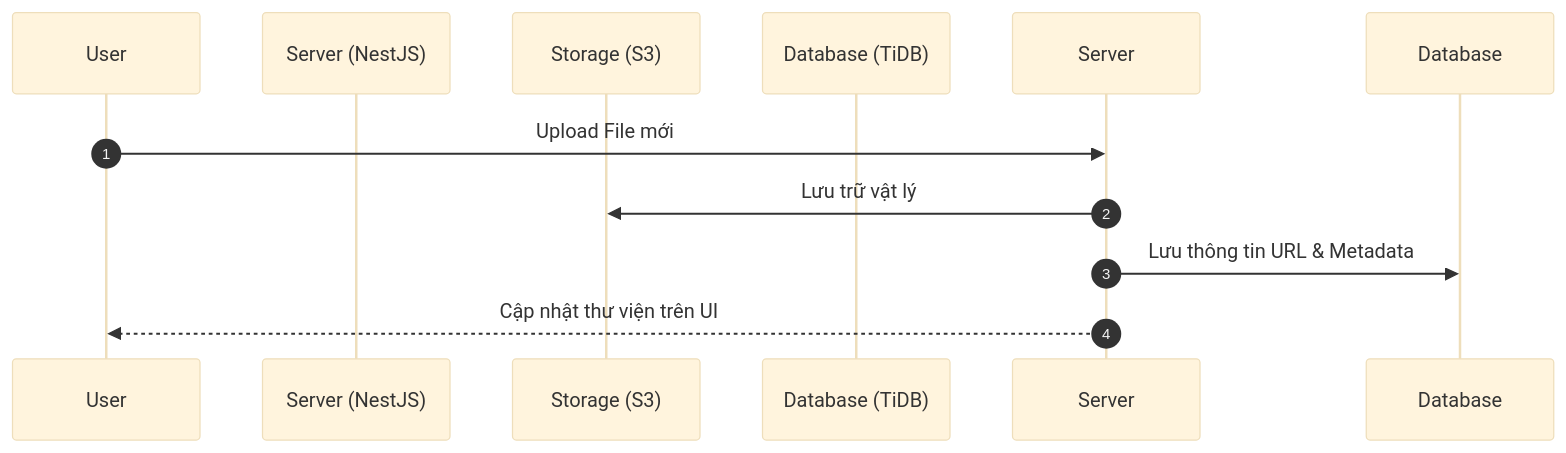
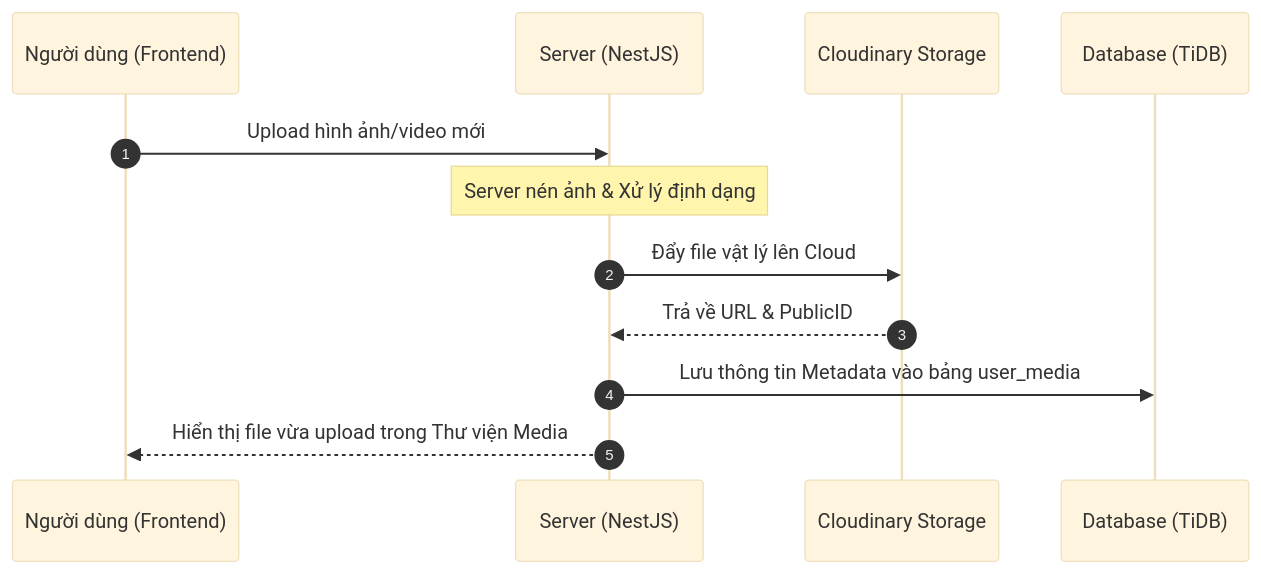
Before and after one commit to Loisori/SCI-ITF-Canhan42_TrinhSuTruongThi: diagram 13 of 25 in doc.md, drawn with Mermaid (base theme). The commit also changed other lines of this file and 1 other file, not shown here.

````diff
--- a/doc.md
+++ b/doc.md
@@ -1271,13 +1333,15 @@
 ```mermaid
 sequenceDiagram
     autonumber
-    participant U as User
+    participant U as Người dùng (Frontend)
     participant S as Server (NestJS)
-    participant St as Storage (S3)
+    participant St as Cloudinary Storage
     participant D as Database (TiDB)
 
-    U->>Server: Upload File mới
-    Server->>St: Lưu trữ vật lý
-    Server->>Database: Lưu thông tin URL & Metadata
-    Server-->>U: Cập nhật thư viện trên UI
+    U->>S: Upload hình ảnh/video mới
+    Note over S: Server nén ảnh & Xử lý định dạng
+    S->>St: Đẩy file vật lý lên Cloud
+    St-->>S: Trả về URL & PublicID
+    S->>D: Lưu thông tin Metadata vào bảng user_media
+    S-->>U: Hiển thị file vừa upload trong Thư viện Media
 ```
````
